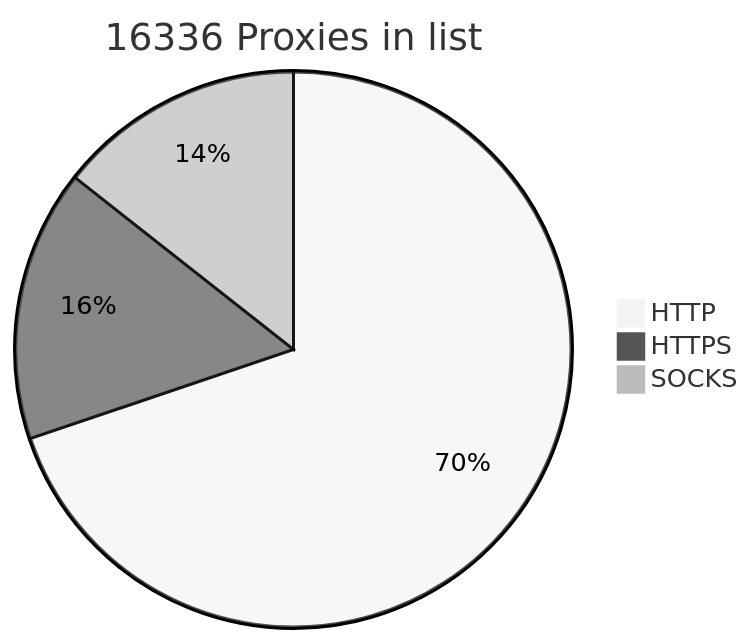
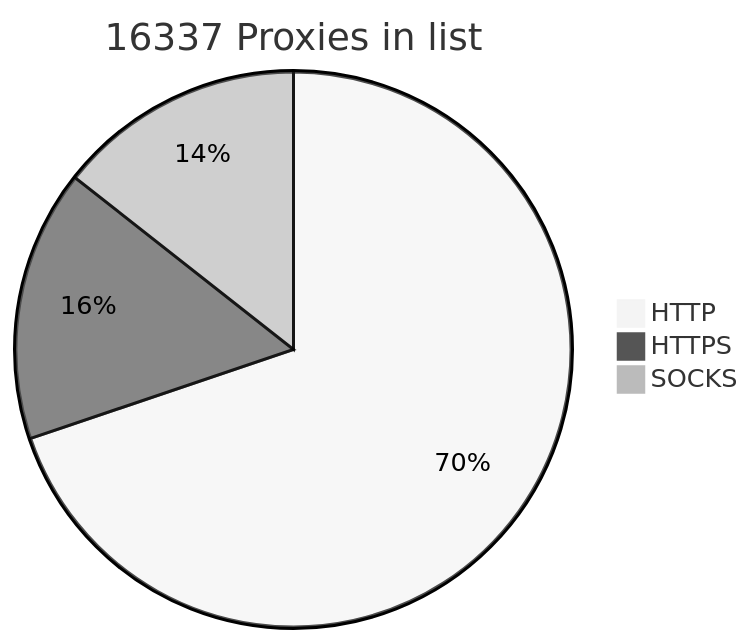
One commit to BlackSnowDot/proxylist-update-every-minute changed the diagram in README.md. Above: the diagram before and after it, drawn with Mermaid (neutral theme).

````diff
--- a/README.md
+++ b/README.md
@@ -2,6 +2,6 @@
 ```mermaid
-pie title 16336 Proxies in list
+pie title 16337 Proxies in list
     "HTTP" : 12139
     "HTTPS": 2748
-    "SOCKS" : 2501
+    "SOCKS" : 2502
 ```
````
